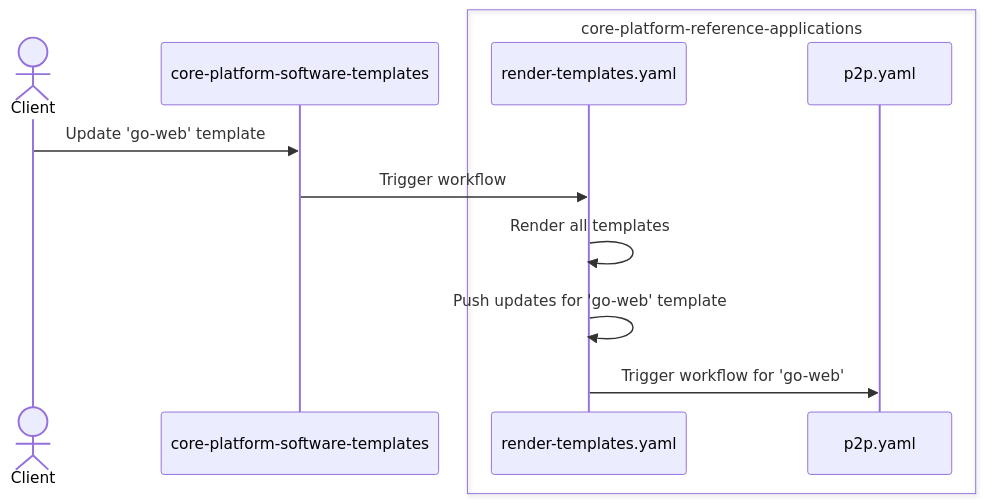
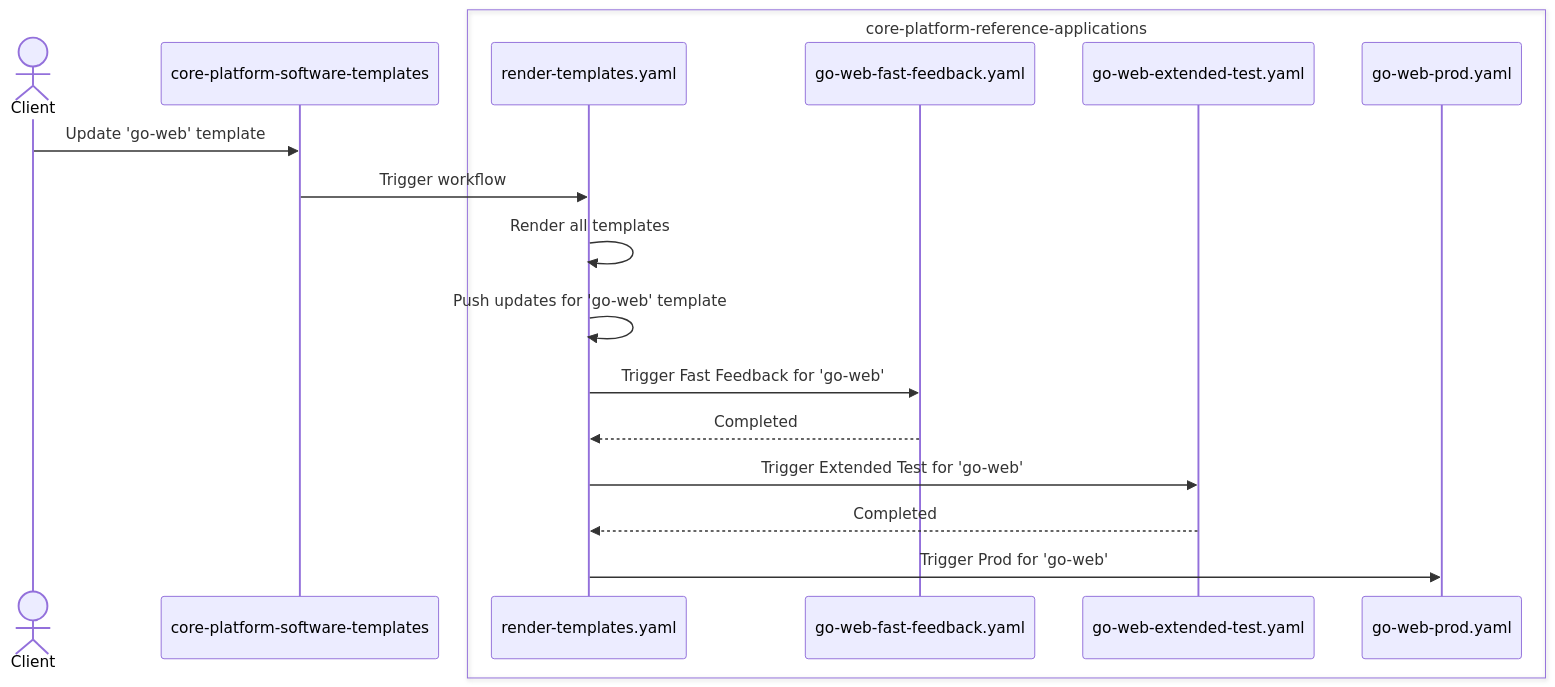
Before and after one commit to coreeng/core-platform-reference-applications: the diagram in README.md, drawn with Mermaid. The commit also changed other lines of this file and 8 other files, not shown here.

````diff
--- a/README.md
+++ b/README.md
@@ -7,16 +7,22 @@
 ```mermaid
 sequenceDiagram
     actor C as Client
     participant ST as core-platform-software-templates
     box core-platform-reference-applications
       participant RT as render-templates.yaml
-      participant P2P as p2p.yaml
+      participant FF as go-web-fast-feedback.yaml
+      participant ET as go-web-extended-test.yaml
+      participant PROD as go-web-prod.yaml
     end
     
     C ->> ST: Update 'go-web' template
     
     ST ->> RT: Trigger workflow
     RT ->> RT: Render all templates
     RT ->> RT: Push updates for 'go-web' template
-    RT ->> P2P: Trigger workflow  for 'go-web'
+    RT ->> FF: Trigger Fast Feedback for 'go-web'
+    FF -->> RT: Completed
+    RT ->> ET: Trigger Extended Test for 'go-web'
+    ET -->> RT: Completed
+    RT ->> PROD: Trigger Prod for 'go-web'
 ```
````
